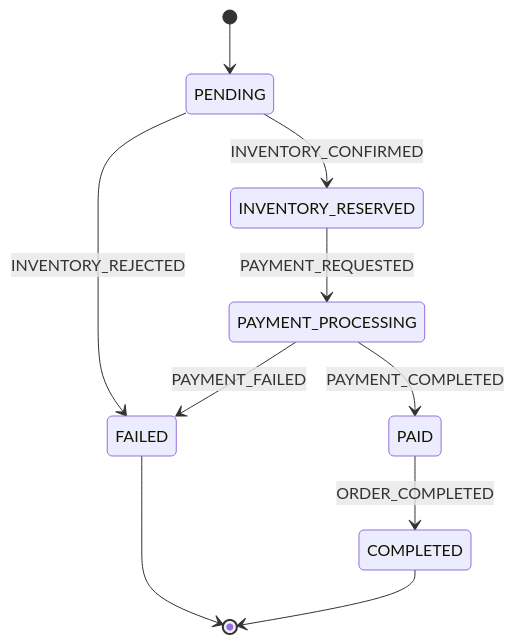
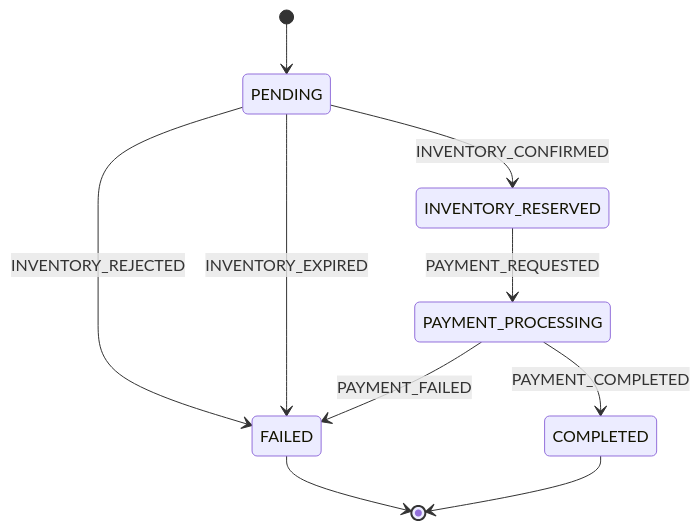
One commit to Andrij72/MicroserviceGrid-DDD changed the third of 3 diagrams in README.md. Above: the diagram before and after it, drawn with Mermaid. The commit also changed other lines of this file and 3 other files, not shown here.

````diff
--- a/README.md
+++ b/README.md
@@ -162,12 +186,16 @@
 ```mermaid
 stateDiagram-v2
 [*] --> PENDING
+
 PENDING --> INVENTORY_RESERVED : INVENTORY_CONFIRMED
 PENDING --> FAILED : INVENTORY_REJECTED
+PENDING --> FAILED : INVENTORY_EXPIRED
+
 INVENTORY_RESERVED --> PAYMENT_PROCESSING : PAYMENT_REQUESTED
-PAYMENT_PROCESSING --> PAID : PAYMENT_COMPLETED
+
+PAYMENT_PROCESSING --> COMPLETED : PAYMENT_COMPLETED
 PAYMENT_PROCESSING --> FAILED : PAYMENT_FAILED
-PAID --> COMPLETED : ORDER_COMPLETED
+
 FAILED --> [*]
 COMPLETED --> [*]
 ```
````
